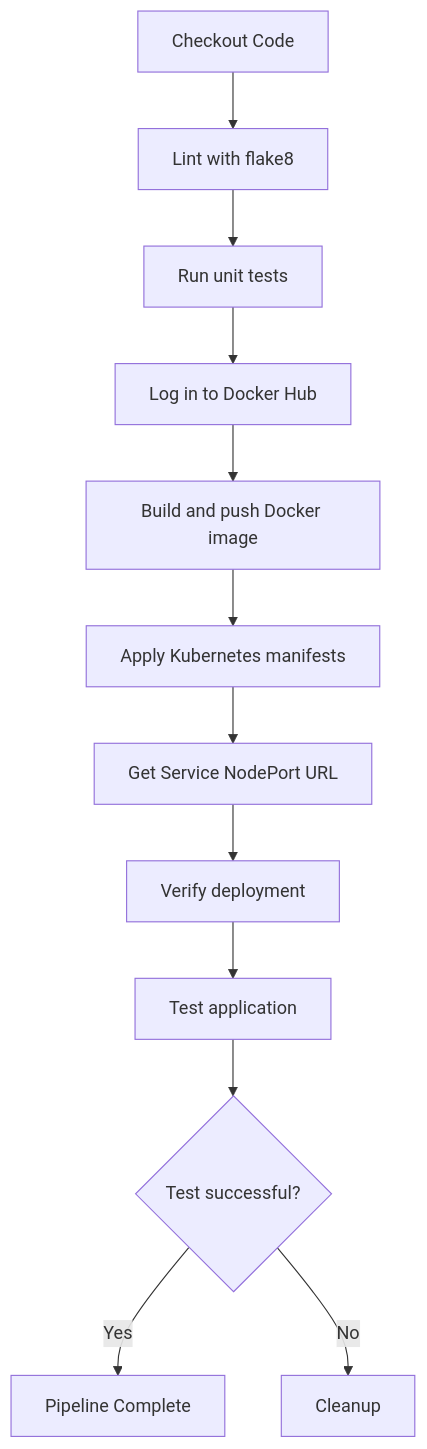
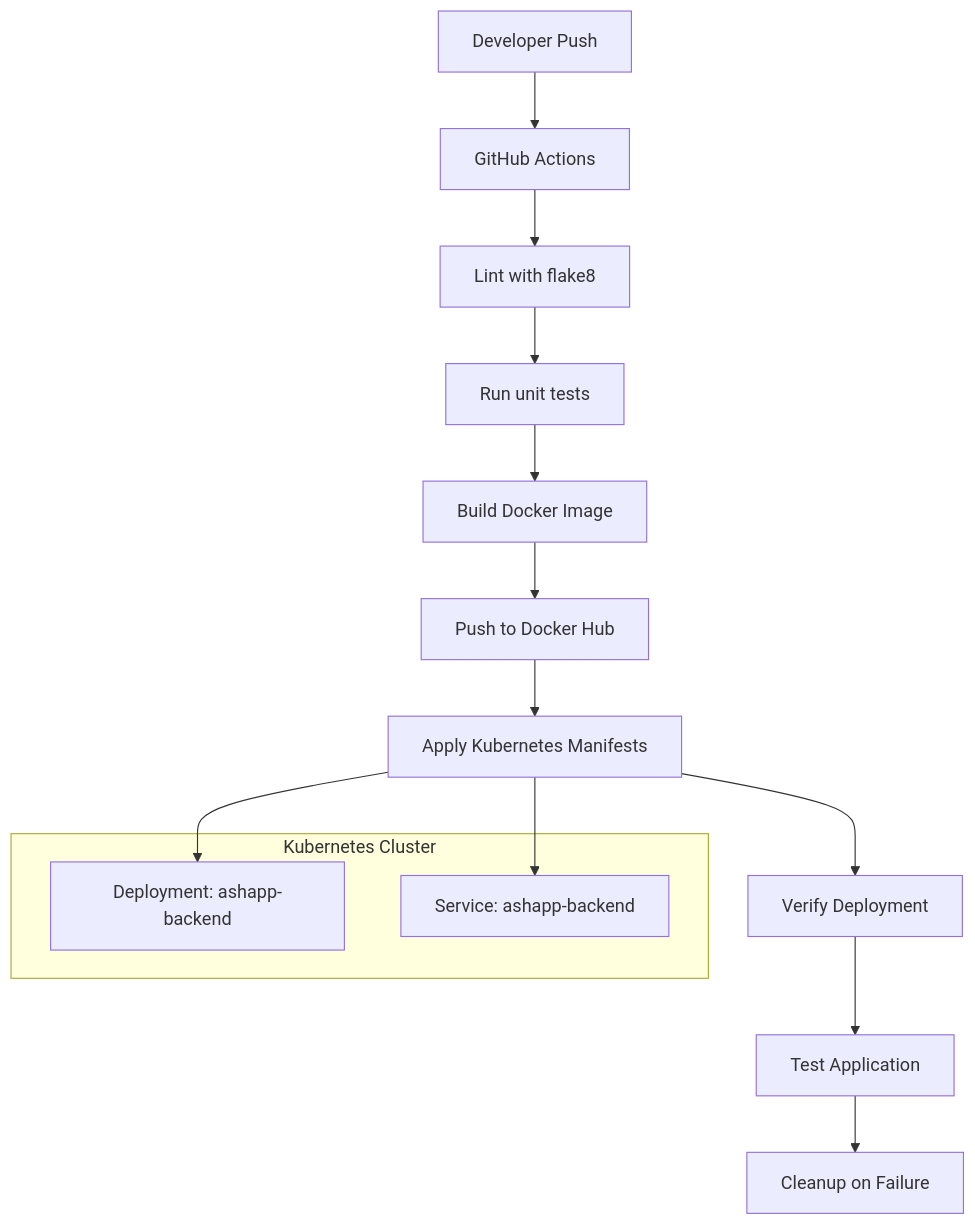
One commit to ashwanth01-pixel/flaskapp changed the diagram in Design.md. Above: the diagram before and after it, drawn with Mermaid. The commit also changed other lines of this file and 4 other files, not shown here.

Commit message:
Automated: Add repo analysis, fixes, UML, and design diagram

````diff
--- a/Design.md
+++ b/Design.md
@@ -3,14 +3,20 @@
 ```mermaid
 graph TD
-    A[Checkout Code] --> B[Lint with flake8]
-    B --> C[Run unit tests]
-    C --> D[Log in to Docker Hub]
-    D --> E[Build and push Docker image]
-    E --> F[Apply Kubernetes manifests]
-    F --> G[Get Service NodePort URL]
-    G --> H[Verify deployment]
-    H --> I[Test application]
-    I --> J{Test successful?}
-    J -->|Yes| K[Pipeline Complete]
-    J -->|No| L[Cleanup]
+    A[Developer Push] --> B[GitHub Actions]
+    B --> C[Lint with flake8]
+    C --> D[Run unit tests]
+    D --> E[Build Docker Image]
+    E --> F[Push to Docker Hub]
+    F --> G[Apply Kubernetes Manifests]
+    G --> H[Verify Deployment]
+    H --> I[Test Application]
+    I --> J[Cleanup on Failure]
+
+    subgraph Kubernetes Cluster
+    K[Deployment: ashapp-backend]
+    L[Service: ashapp-backend]
+    end
+
+    G --> K
+    G --> L
 ```
````
